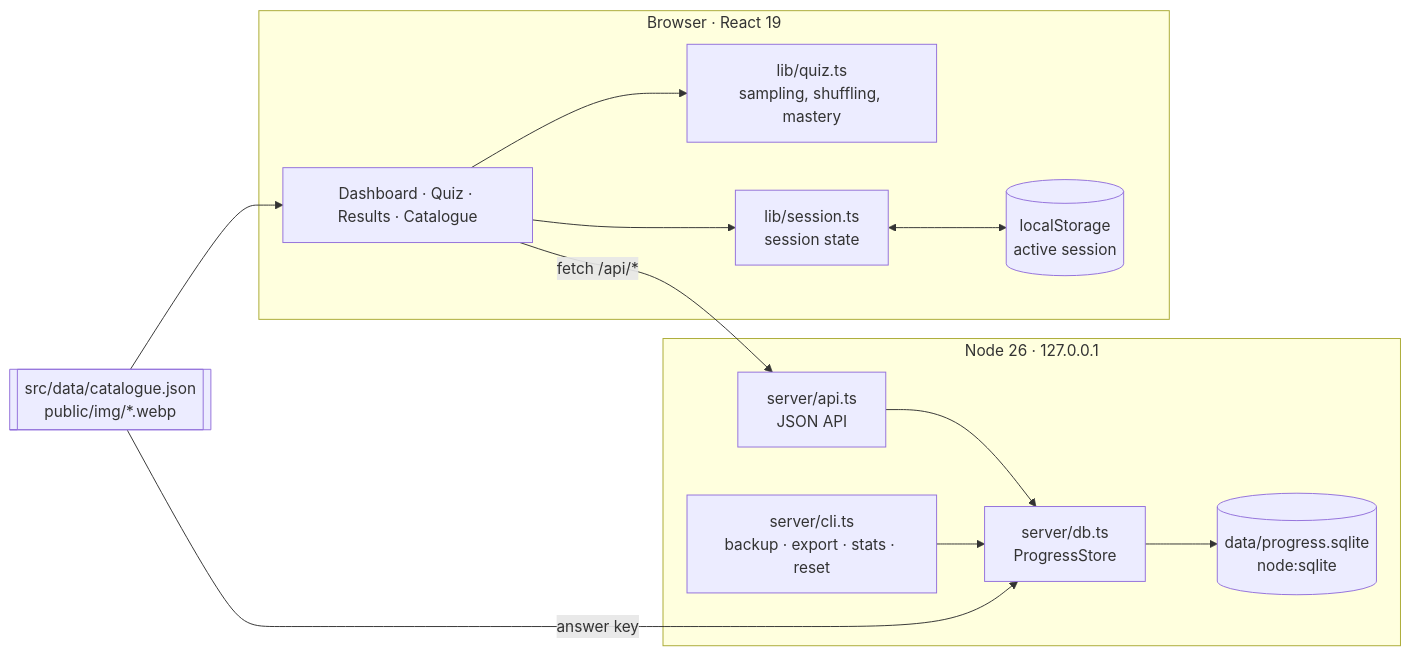
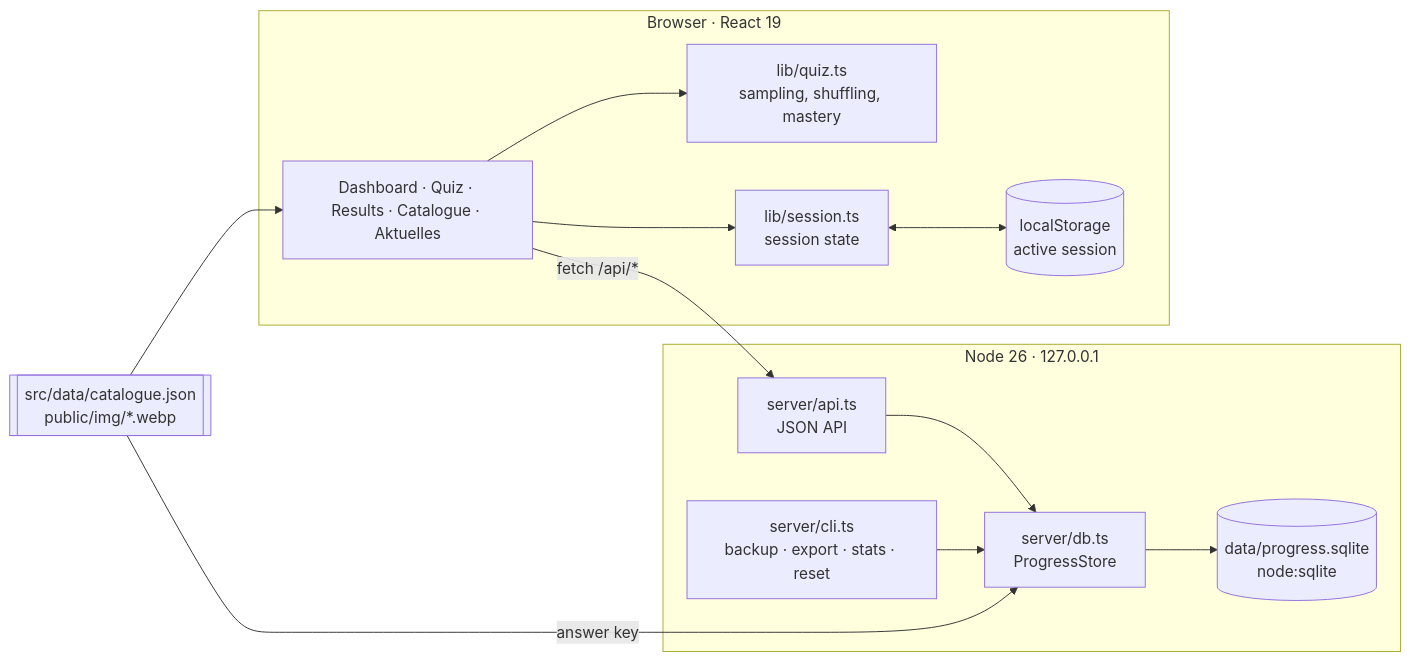
One commit to IndrajeetPatil/einbuergerungstest changed the first of 2 diagrams in docs/architecture.md. Above: the diagram before and after it, drawn with Mermaid. The commit also changed other lines of this file and 19 other files, not shown here.

````diff
--- a/docs/architecture.md
+++ b/docs/architecture.md
@@ -9,27 +9,27 @@
 ```mermaid
 flowchart LR
   subgraph Browser["Browser · React 19"]
-    UI["Dashboard · Quiz · Results · Catalogue"]
+    UI["Dashboard · Quiz · Results · Catalogue · Aktuelles"]
     Logic["lib/quiz.ts<br/>sampling, shuffling, mastery"]
     Session["lib/session.ts<br/>session state"]
     Local[("localStorage<br/>active session")]
     UI --> Logic
     UI --> Session
     Session <--> Local
   end
 
   subgraph Server["Node 26 · 127.0.0.1"]
     API["server/api.ts<br/>JSON API"]
     Store["server/db.ts<br/>ProgressStore"]
     DB[("data/progress.sqlite<br/>node:sqlite")]
     CLI["server/cli.ts<br/>backup · export · stats · reset"]
     API --> Store --> DB
     CLI --> Store
   end
 
   Catalogue[["src/data/catalogue.json<br/>public/img/*.webp"]]
 
   UI -- "fetch /api/*" --> API
   Catalogue --> UI
   Catalogue -- "answer key" --> Store
 ```
````
